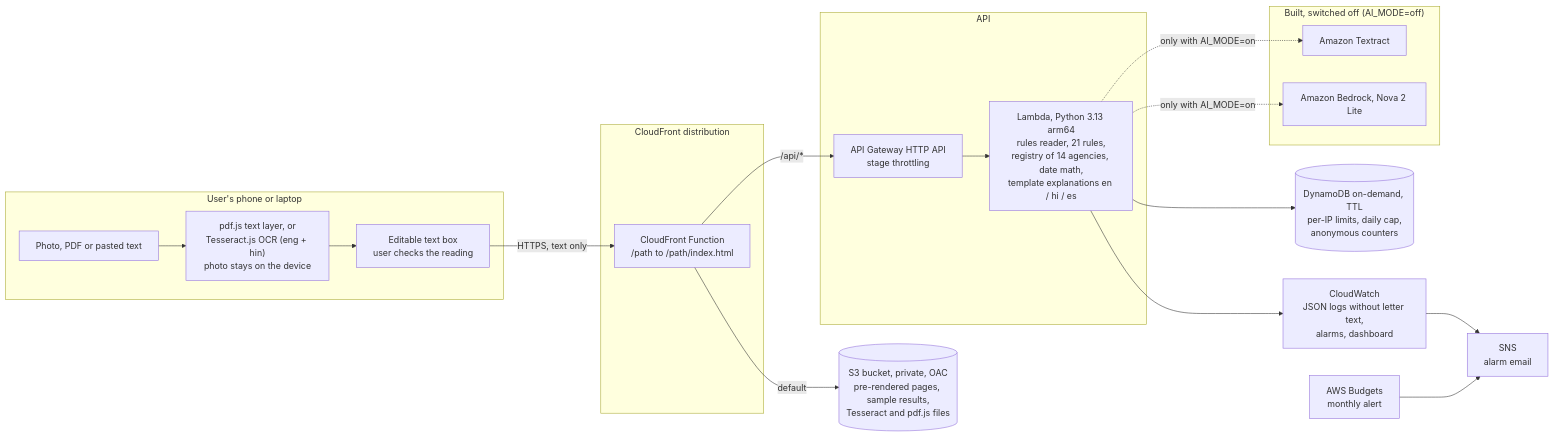
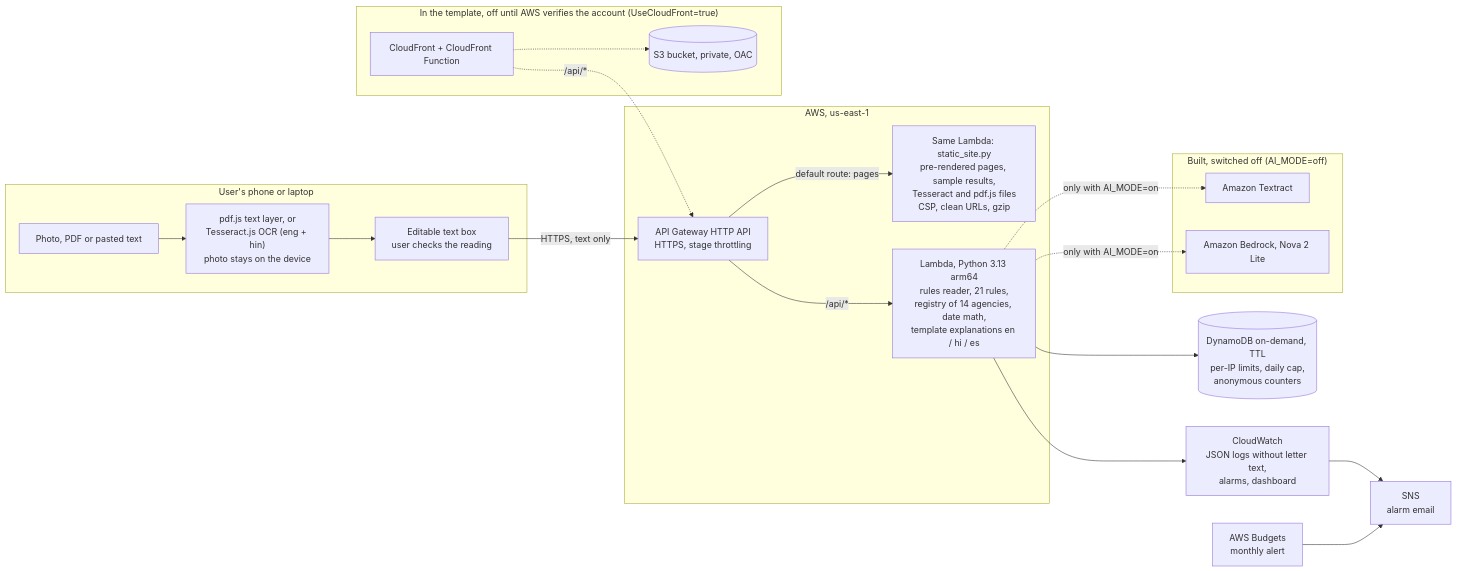
The diagram in docs/architecture.md (satanrayshe/plainly), drawn with Mermaid before and after one commit. The commit also changed other lines of this file and 8 other files, not shown here.

First line of the commit message:
Fill live evidence and write-up; ignore viewer header without CloudFront

````diff
--- a/docs/architecture.md
+++ b/docs/architecture.md
@@ -9,41 +11,42 @@
 ```mermaid
 flowchart LR
     subgraph device ["User's phone or laptop"]
         pick["Photo, PDF or pasted text"]
         ocr["pdf.js text layer, or<br/>Tesseract.js OCR (eng + hin)<br/>photo stays on the device"]
         edit["Editable text box<br/>user checks the reading"]
         pick --> ocr --> edit
     end
 
-    subgraph edge ["CloudFront distribution"]
-        cff["CloudFront Function<br/>/path to /path/index.html"]
-    end
-
-    s3[("S3 bucket, private, OAC<br/>pre-rendered pages, sample results,<br/>Tesseract and pdf.js files")]
-
-    subgraph api ["API"]
-        apigw["API Gateway HTTP API<br/>stage throttling"]
+    subgraph aws ["AWS, us-east-1"]
+        apigw["API Gateway HTTP API<br/>HTTPS, stage throttling"]
+        site["Same Lambda: static_site.py<br/>pre-rendered pages, sample results,<br/>Tesseract and pdf.js files<br/>CSP, clean URLs, gzip"]
         lambda["Lambda, Python 3.13 arm64<br/>rules reader, 21 rules,<br/>registry of 14 agencies, date math,<br/>template explanations en / hi / es"]
     end
 
     ddb[("DynamoDB on-demand, TTL<br/>per-IP limits, daily cap,<br/>anonymous counters")]
     cw["CloudWatch<br/>JSON logs without letter text,<br/>alarms, dashboard"]
     sns["SNS<br/>alarm email"]
     budgets["AWS Budgets<br/>monthly alert"]
 
-    edit -->|"HTTPS, text only"| cff
-    cff -->|"default"| s3
-    cff -->|"/api/*"| apigw
-    apigw --> lambda
+    edit -->|"HTTPS, text only"| apigw
+    apigw -->|"default route: pages"| site
+    apigw -->|"/api/*"| lambda
     lambda --> ddb
     lambda --> cw
     cw --> sns
     budgets --> sns
 
     subgraph off ["Built, switched off (AI_MODE=off)"]
         textract["Amazon Textract"]
         bedrock["Amazon Bedrock, Nova 2 Lite"]
     end
     lambda -.->|"only with AI_MODE=on"| textract
     lambda -.->|"only with AI_MODE=on"| bedrock
+
+    subgraph cdn ["In the template, off until AWS verifies the account (UseCloudFront=true)"]
+        cf["CloudFront + CloudFront Function"]
+        s3[("S3 bucket, private, OAC")]
+    end
+    cf -.-> s3
+    cf -.->|"/api/*"| apigw
 ```
````
